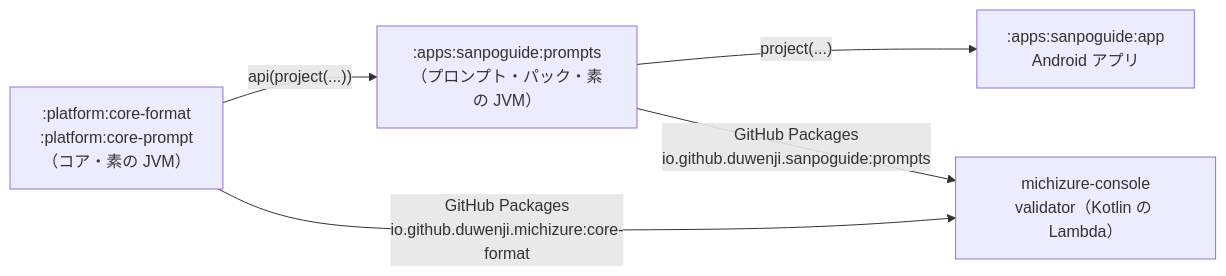
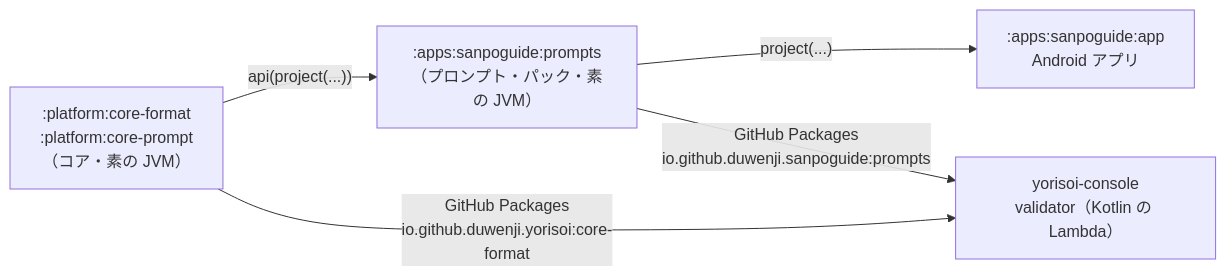
Before and after one commit to duwenji/yorisoi-tutorial: the diagram in 05-station-format/01-jvm-library.md, drawn with Mermaid. The commit also changed other lines of this file and 85 other files, not shown here.

````diff
--- a/05-station-format/01-jvm-library.md
+++ b/05-station-format/01-jvm-library.md
@@ -35,9 +35,9 @@
 ```mermaid
 flowchart LR
     CORE[":platform:core-format<br/>:platform:core-prompt<br/>（コア・素の JVM）"]
     PACK[":apps:sanpoguide:prompts<br/>（プロンプト・パック・素の JVM）"]
     CORE -->|"api(project(...))"| PACK
     PACK -->|"project(...)"| APP[":apps:sanpoguide:app<br/>Android アプリ"]
-    CORE -->|"GitHub Packages<br/>io.github.duwenji.michizure:core-format"| VAL["michizure-console<br/>validator（Kotlin の Lambda）"]
+    CORE -->|"GitHub Packages<br/>io.github.duwenji.yorisoi:core-format"| VAL["yorisoi-console<br/>validator（Kotlin の Lambda）"]
     PACK -->|"GitHub Packages<br/>io.github.duwenji.sanpoguide:prompts"| VAL
 ```
````
